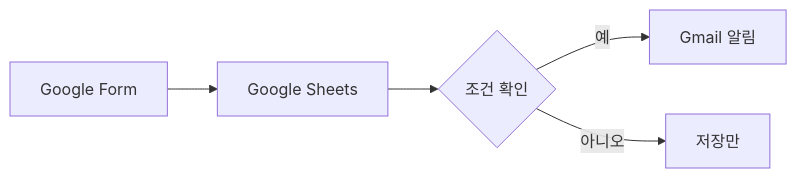
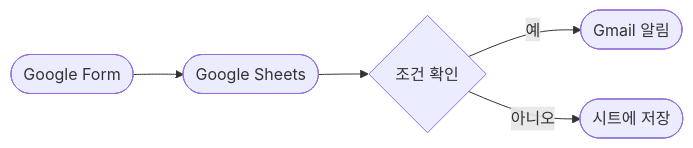
The diagram in project-03/flowchart.md (jjjoy1114/codyssey_ai_native), drawn with Mermaid before and after one commit.

Commit message:
Update flowchart syntax and labels in markdown

````diff
--- a/project-03/flowchart.md
+++ b/project-03/flowchart.md
@@ -3,12 +3,11 @@
 ```mermaid
 flowchart LR
 
-A[Google Form]
--->B[Google Sheets]
+A([Google Form])
+-->B([Google Sheets])
 
 B-->C{조건 확인}
 
-C--예-->D[Gmail 알림]
-
-C--아니오-->E[저장만]
+C-- 예 -->D([Gmail 알림])
+C-- 아니오 -->E([시트에 저장])
 ```
````
